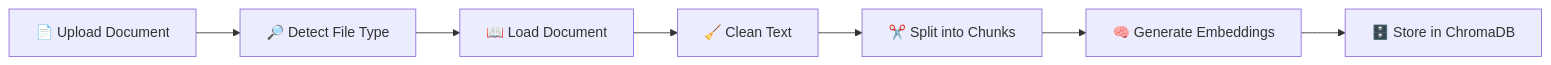
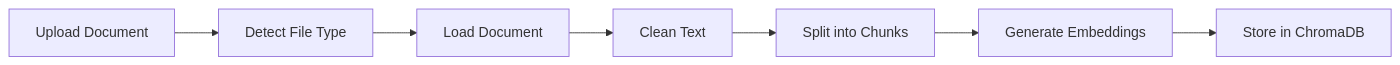
One commit to sufiandevs/Document-Analyzer changed the second of 7 diagrams in README.md. Above: the diagram before and after it, drawn with Mermaid. The commit also changed other lines of this file, not shown here.

````diff
--- a/README.md
+++ b/README.md
@@ -116,17 +116,17 @@
 ```mermaid
 flowchart LR
-    A["📄 Upload Document"]
-    B["🔎 Detect File Type"]
-    C["📖 Load Document"]
-    D["🧹 Clean Text"]
-    E["✂️ Split into Chunks"]
-    F["🧠 Generate Embeddings"]
-    G["🗄️ Store in ChromaDB"]
+    A[" Upload Document"]
+    B[" Detect File Type"]
+    C[" Load Document"]
+    D[" Clean Text"]
+    E[" Split into Chunks"]
+    F[" Generate Embeddings"]
+    G[" Store in ChromaDB"]
 
     A --> B
     B --> C
     C --> D
     D --> E
     E --> F
     F --> G
 ```
````
